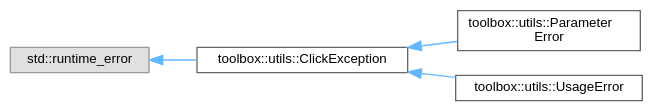
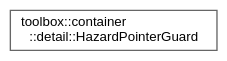
Before and after one commit to nerdneilsfield/cpp-toolbox: the diagram in inherit_graph_18.dot, drawn with Graphviz. The commit also changed 329 other files, not shown here.

```diff
--- a/inherit_graph_18.dot
+++ b/inherit_graph_18.dot
@@ -1,15 +1,9 @@
 digraph "Graphical Class Hierarchy"
 {
  // LATEX_PDF_SIZE
   bgcolor="transparent";
   edge [fontname=Helvetica,fontsize=10,labelfontname=Helvetica,labelfontsize=10];
   node [fontname=Helvetica,fontsize=10,shape=box,height=0.2,width=0.4];
   rankdir="LR";
-  Node0 [id="Node000000",label="std::runtime_error",height=0.2,width=0.4,color="grey60", fillcolor="#E0E0E0", style="filled",tooltip=" "];
-  Node0 -> Node1 [id="edge22_Node000000_Node000001",dir="back",color="steelblue1",style="solid",tooltip=" "];
-  Node1 [id="Node000001",label="toolbox::utils::ClickException",height=0.2,width=0.4,color="grey40", fillcolor="white", style="filled",URL="$classtoolbox_1_1utils_1_1_click_exception.html",tooltip=" "];
-  Node1 -> Node2 [id="edge23_Node000001_Node000002",dir="back",color="steelblue1",style="solid",tooltip=" "];
-  Node2 [id="Node000002",label="toolbox::utils::Parameter\lError",height=0.2,width=0.4,color="grey40", fillcolor="white", style="filled",URL="$classtoolbox_1_1utils_1_1_parameter_error.html",tooltip=" "];
-  Node1 -> Node3 [id="edge24_Node000001_Node000003",dir="back",color="steelblue1",style="solid",tooltip=" "];
-  Node3 [id="Node000003",label="toolbox::utils::UsageError",height=0.2,width=0.4,color="grey40", fillcolor="white", style="filled",URL="$classtoolbox_1_1utils_1_1_usage_error.html",tooltip=" "];
+  Node0 [id="Node000000",label="toolbox::container\l::detail::HazardPointerGuard",height=0.2,width=0.4,color="grey40", fillcolor="white", style="filled",URL="$classtoolbox_1_1container_1_1detail_1_1_hazard_pointer_guard.html",tooltip="危险指针设置/清除的RAII助手类 (RAII helper for setting/clearing hazard pointers)"];
 }
```
